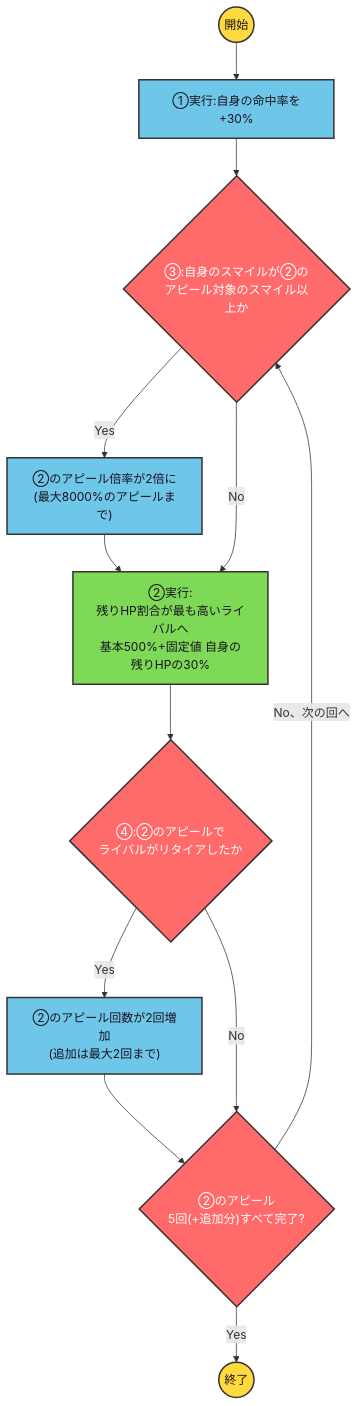
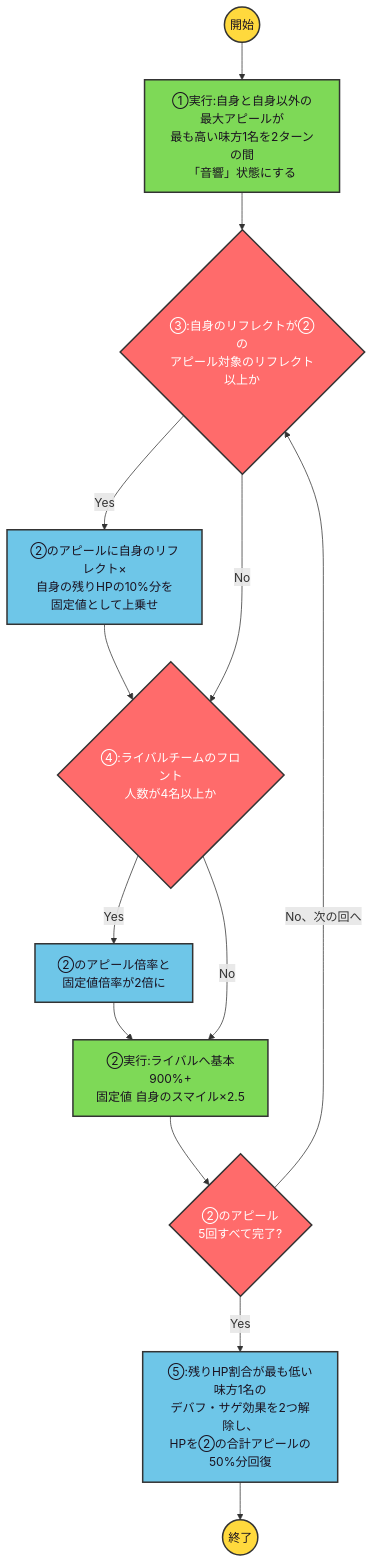
Before and after one commit to ryomochi0918/nogifra-characters: the diagram in data/kawasaki_sakura/13thbasura_c_skill2.mmd, drawn with Mermaid. The commit also changed 19 other files, not shown here.

```diff
--- a/data/kawasaki_sakura/13thbasura_c_skill2.mmd
+++ b/data/kawasaki_sakura/13thbasura_c_skill2.mmd
@@ -1,15 +1,16 @@
 flowchart TD
     classDef startend fill:#FFD93D,stroke:#333,stroke-width:2px,color:#1a1220;
     classDef cond fill:#FF6B6B,stroke:#333,stroke-width:2px,color:#ffffff;
     classDef effect fill:#6EC6E8,stroke:#333,stroke-width:2px,color:#1a1220;
     classDef action fill:#7ED957,stroke:#333,stroke-width:2px,color:#1a1220;
 
-    start(("開始")):::startend --> e1["①実行:自身の命中率を+30%"]:::effect
-    e1 --> c3{"③:自身のスマイルが②の<br/>アピール対象のスマイル以上か"}:::cond
-    c3 -->|"Yes"| e3["②のアピール倍率が2倍に<br/>(最大8000%のアピールまで)"]:::effect --> a2
-    c3 -->|"No"| a2["②実行:<br/>残りHP割合が最も高いライバルへ<br/>基本500%+固定値 自身の残りHPの30%"]:::action
-    a2 --> c4{"④:②のアピールで<br/>ライバルがリタイアしたか"}:::cond
-    c4 -->|"Yes"| e4["②のアピール回数が2回増加<br/>(追加は最大2回まで)"]:::effect --> lc
-    c4 -->|"No"| lc{"②のアピール<br/>5回(+追加分)すべて完了?"}:::cond
-    lc -->|"No、次の回へ"| c3
-    lc -->|"Yes"| finish(("終了")):::startend
+    start(("開始")):::startend --> a1["①実行:自身と自身以外の最大アピールが<br/>最も高い味方1名を2ターンの間<br/>「音響」状態にする"]:::action
+    a1 --> c3{"③:自身のリフレクトが②の<br/>アピール対象のリフレクト以上か"}:::cond
+    c3 -->|"Yes"| e3["②のアピールに自身のリフレクト×<br/>自身の残りHPの10%分を<br/>固定値として上乗せ"]:::effect --> c4
+    c3 -->|"No"| c4{"④:ライバルチームのフロント<br/>人数が4名以上か"}:::cond
+    c4 -->|"Yes"| e4["②のアピール倍率と<br/>固定値倍率が2倍に"]:::effect --> a2
+    c4 -->|"No"| a2["②実行:ライバルへ基本900%+<br/>固定値 自身のスマイル×2.5"]:::action
+    a2 --> lc2{"②のアピール<br/>5回すべて完了?"}:::cond
+    lc2 -->|"No、次の回へ"| c3
+    lc2 -->|"Yes"| e5["⑤:残りHP割合が最も低い味方1名の<br/>デバフ・サゲ効果を2つ解除し、<br/>HPを②の合計アピールの50%分回復"]:::effect
+    e5 --> finish(("終了")):::startend
```
